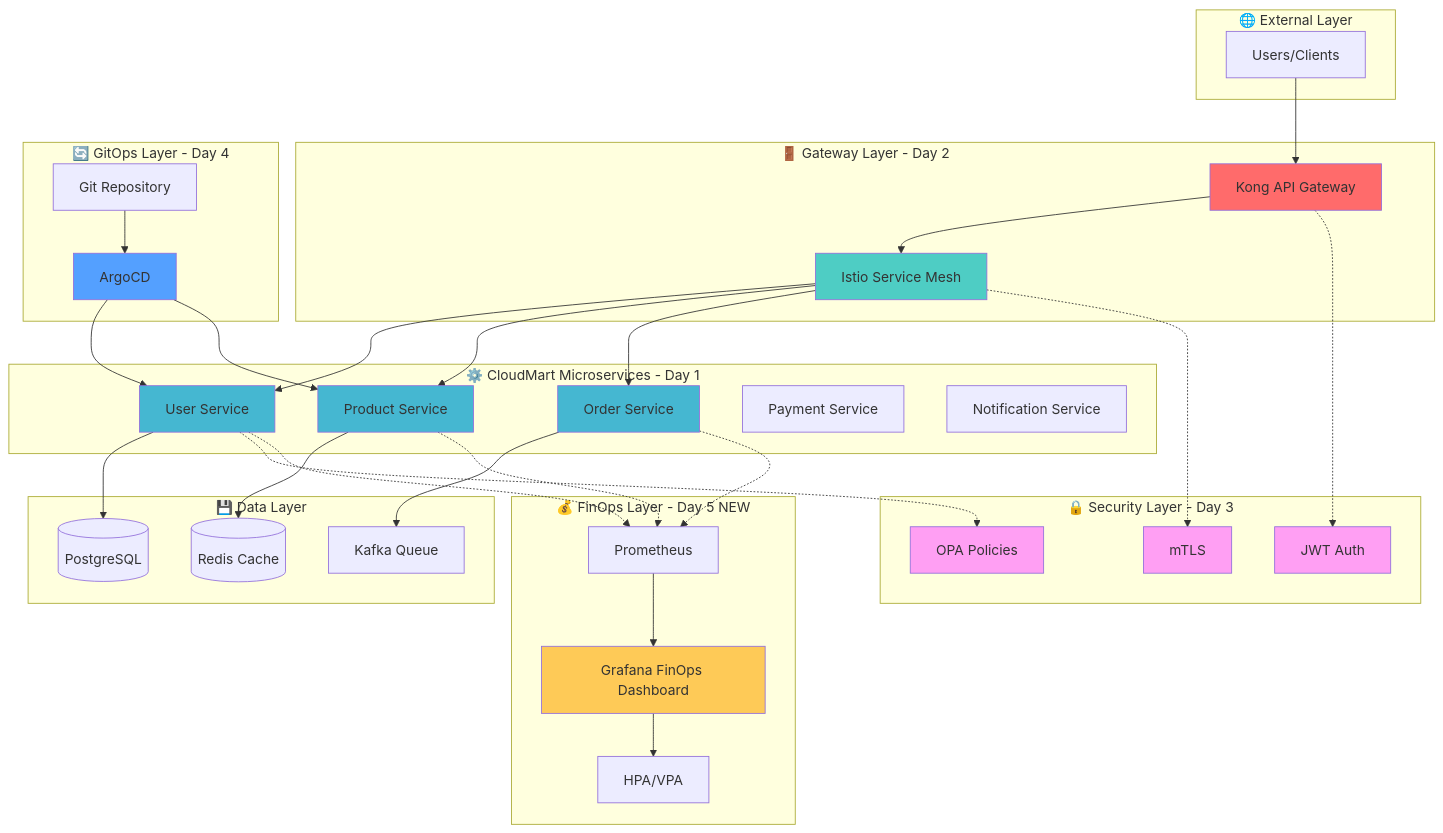
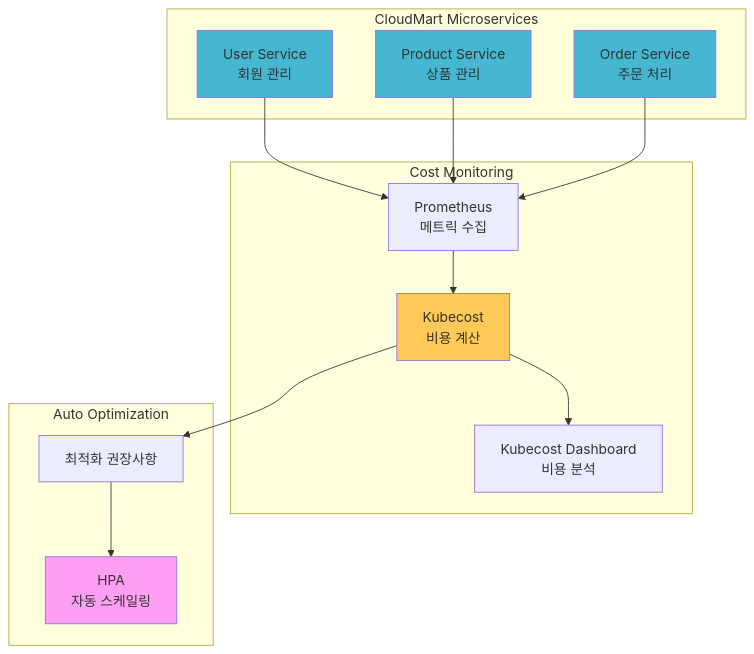
The diagram in theory/week_04/day5/handson_1.md (niceguy61/kdt_devops_lecture_2025), drawn with Mermaid before and after one commit. The commit also changed other lines of this file, not shown here.

````diff
--- a/theory/week_04/day5/handson_1.md
+++ b/theory/week_04/day5/handson_1.md
@@ -40,77 +36,34 @@
 ```mermaid
 graph TB
-    subgraph "🌐 External Layer"
-        U[Users/Clients]
+    subgraph "CloudMart Microservices"
+        US[User Service<br/>회원 관리]
+        PS[Product Service<br/>상품 관리]
+        OS[Order Service<br/>주문 처리]
     end
     
-    subgraph "🚪 Gateway Layer - Day 2"
-        K[Kong API Gateway]
-        I[Istio Service Mesh]
+    subgraph "Cost Monitoring"
+        PROM[Prometheus<br/>메트릭 수집]
+        KC[Kubecost<br/>비용 계산]
+        DASH[Kubecost Dashboard<br/>비용 분석]
     end
     
-    subgraph "⚙️ CloudMart Microservices - Day 1"
-        US[User Service]
-        PS[Product Service]
-        OS[Order Service]
-        PY[Payment Service]
-        NS[Notification Service]
+    subgraph "Auto Optimization"
+        HPA[HPA<br/>자동 스케일링]
+        OPT[최적화 권장사항]
     end
     
-    subgraph "💾 Data Layer"
-        DB[(PostgreSQL)]
-        REDIS[(Redis Cache)]
-        KAFKA[Kafka Queue]
-    end
+    US --> PROM
+    PS --> PROM
+    OS --> PROM
     
-    subgraph "🔒 Security Layer - Day 3"
-        MTLS[mTLS]
-        JWT[JWT Auth]
-        OPA[OPA Policies]
-    end
+    PROM --> KC
+    KC --> DASH
+    KC --> OPT
+    OPT --> HPA
     
-    subgraph "🔄 GitOps Layer - Day 4"
-        GIT[Git Repository]
-        ARGO[ArgoCD]
-    end
-    
-    subgraph "💰 FinOps Layer - Day 5 NEW"
-        PROM[Prometheus]
-        GRAF[Grafana FinOps Dashboard]
-        HPA[HPA/VPA]
-    end
-    
-    U --> K
-    K --> I
-    I --> US
-    I --> PS
-    I --> OS
-    
-    US --> DB
-    PS --> REDIS
-    OS --> KAFKA
-    
-    I -.-> MTLS
-    K -.-> JWT
-    US -.-> OPA
-    
-    GIT --> ARGO
-    ARGO --> US
-    ARGO --> PS
-    
-    US -.-> PROM
-    PS -.-> PROM
-    OS -.-> PROM
-    PROM --> GRAF
-    GRAF --> HPA
-    
-    style K fill:#ff6b6b
-    style I fill:#4ecdc4
     style US fill:#45b7d1
     style PS fill:#45b7d1
     style OS fill:#45b7d1
-    style MTLS fill:#ff9ff3
-    style JWT fill:#ff9ff3
-    style OPA fill:#ff9ff3
-    style ARGO fill:#54a0ff
-    style GRAF fill:#feca57
+    style KC fill:#feca57
+    style HPA fill:#ff9ff3
 ```
````
